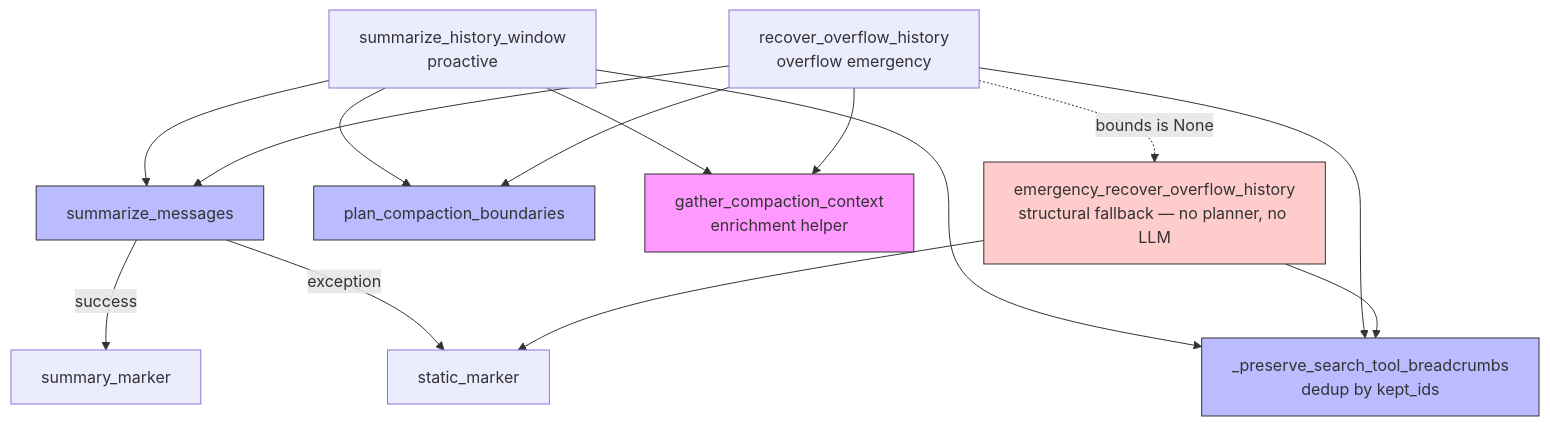
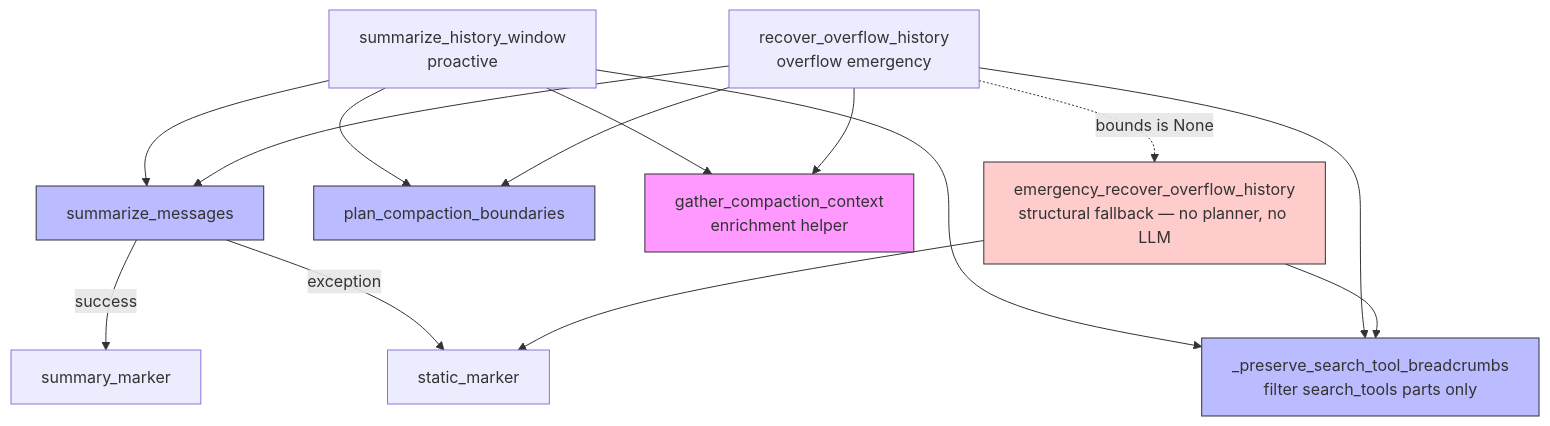
Before and after one commit to binlecode/co-cli: the sixth of 7 diagrams in docs/specs/compaction.md, drawn with Mermaid. The commit also changed other lines of this file and 1 other file, not shown here.

First line of the commit message:
fix: rebuild ModelRequest with only search_tools parts in breadcrumb preservation

````diff
--- a/docs/specs/compaction.md
+++ b/docs/specs/compaction.md
@@ -255,34 +255,34 @@
 ```mermaid
 flowchart TD
     L3[summarize_history_window<br/>proactive]
     L5[recover_overflow_history<br/>overflow emergency]
     L6[emergency_recover_overflow_history<br/>structural fallback — no planner, no LLM]
 
     P[plan_compaction_boundaries]
     E[gather_compaction_context<br/>enrichment helper]
     S[summarize_messages]
-    B[_preserve_search_tool_breadcrumbs<br/>dedup by kept_ids]
+    B[_preserve_search_tool_breadcrumbs<br/>filter search_tools parts only]
 
     MK_SUM[summary_marker]
     MK_ST[static_marker]
 
     L3 --> P
     L5 --> P
     L3 --> E
     L5 --> E
     L3 --> S
     L5 --> S
     S -->|success| MK_SUM
     S -->|exception| MK_ST
     L3 --> B
     L5 --> B
     L6 --> B
     L5 -.bounds is None.-> L6
     L6 --> MK_ST
 
     style P fill:#bbf,stroke:#333
     style E fill:#f9f,stroke:#333
     style S fill:#bbf,stroke:#333
     style B fill:#bbf,stroke:#333
     style L6 fill:#fcc,stroke:#333
 ```
````
